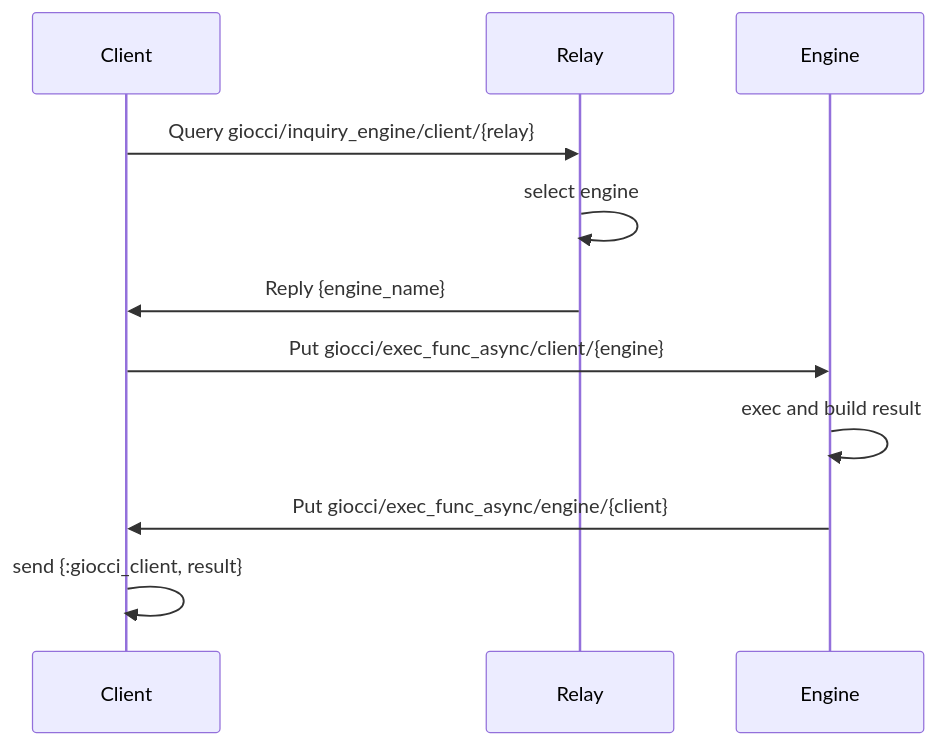
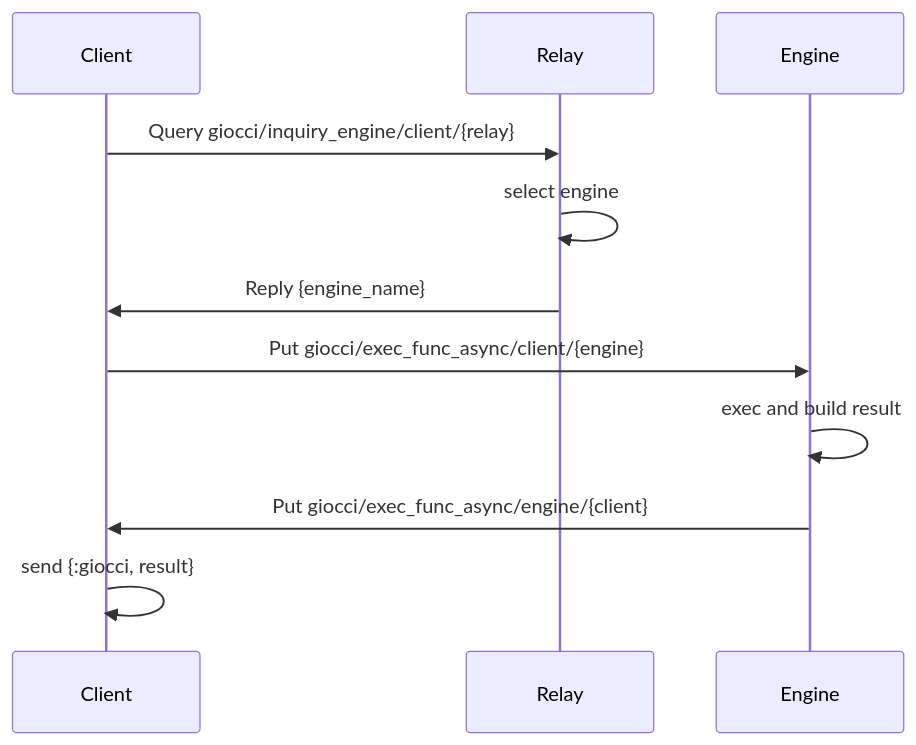
One commit to biyooon-ex/giocci_platform changed the fifth of 5 diagrams in README.md. Above: the diagram before and after it, drawn with Mermaid. The commit also changed other lines of this file and 32 other files, not shown here.

Commit message:
Replace GiocciClient with Giocci

````diff
--- a/README.md
+++ b/README.md
@@ -167,15 +167,15 @@
 ```mermaid
 sequenceDiagram
   participant Client
   participant Relay
   participant Engine
 
   Client->>Relay: Query giocci/inquiry_engine/client/{relay}
   Relay->>Relay: select engine
   Relay->>Client: Reply {engine_name}
 
   Client->>Engine: Put giocci/exec_func_async/client/{engine}
   Engine->>Engine: exec and build result
   Engine->>Client: Put giocci/exec_func_async/engine/{client}
-  Client->>Client: send {:giocci_client, result}
+  Client->>Client: send {:giocci, result}
 ```
````
